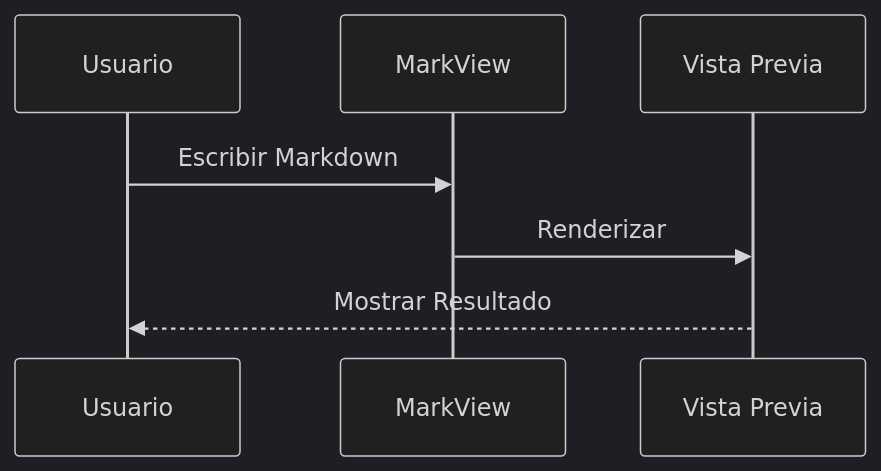
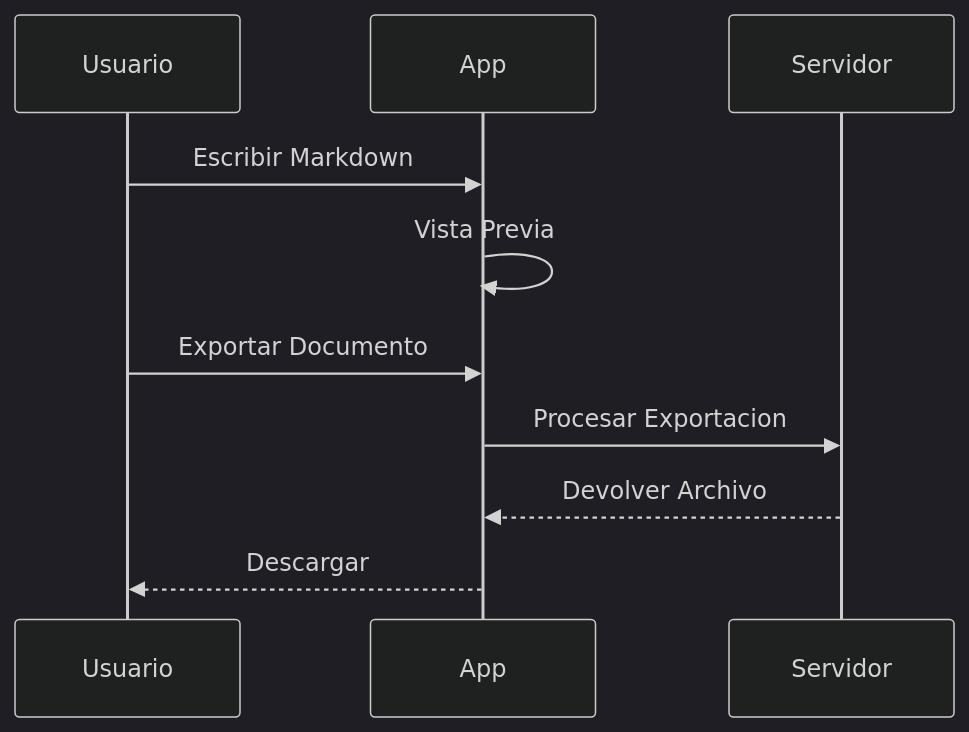
One commit to qazuor/markdown-previewer changed the second of 3 diagrams in src/assets/welcome-es.md. Above: the diagram before and after it, drawn with Mermaid (dark theme). The commit also changed other lines of this file and 2 other files, not shown here.

````diff
--- a/src/assets/welcome-es.md
+++ b/src/assets/welcome-es.md
@@ -77,10 +152,13 @@
 ```mermaid
 sequenceDiagram
     participant Usuario
-    participant MarkView
-    participant Vista Previa
+    participant App
+    participant Servidor
 
-    Usuario->>MarkView: Escribir Markdown
-    MarkView->>Vista Previa: Renderizar
-    Vista Previa-->>Usuario: Mostrar Resultado
+    Usuario->>App: Escribir Markdown
+    App->>App: Vista Previa
+    Usuario->>App: Exportar Documento
+    App->>Servidor: Procesar Exportacion
+    Servidor-->>App: Devolver Archivo
+    App-->>Usuario: Descargar
 ```
````
